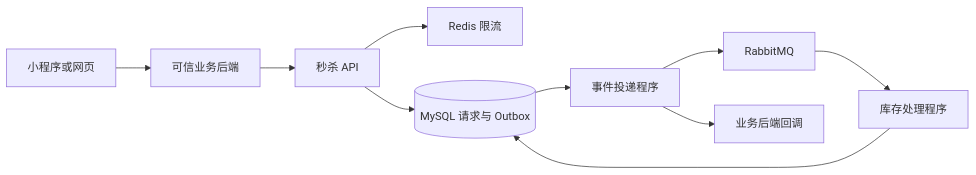
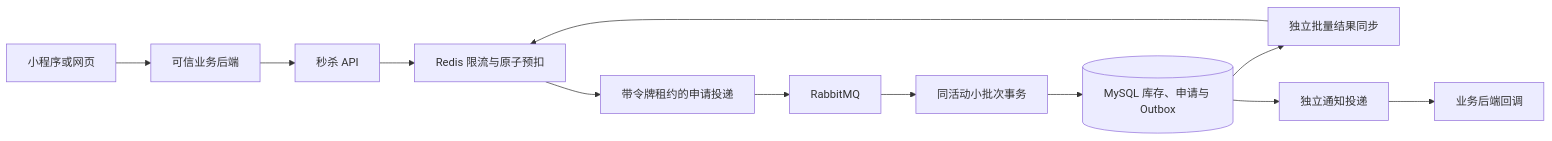
Before and after one commit to zzzzzj222/flash-sale-platform: the diagram in docs/architecture.md, drawn with Mermaid. The commit also changed other lines of this file and 22 other files, not shown here.

````diff
--- a/docs/architecture.md
+++ b/docs/architecture.md
@@ -7,12 +7,14 @@
 ```mermaid
 flowchart LR
   UI[小程序或网页] --> BFF[可信业务后端]
   BFF --> API[秒杀 API]
-  API --> REDIS[Redis 限流]
-  API --> DB[(MySQL 请求与 Outbox)]
-  DB --> DISPATCH[事件投递程序]
+  API --> REDIS[Redis 限流与原子预扣]
+  REDIS --> DISPATCH[带令牌租约的申请投递]
   DISPATCH --> MQ[RabbitMQ]
-  MQ --> WORKER[库存处理程序]
-  WORKER --> DB
-  DISPATCH --> HOOK[业务后端回调]
+  MQ --> WORKER[同活动小批次事务]
+  WORKER --> DB[(MySQL 库存、申请与 Outbox)]
+  DB --> SYNC[独立批量结果同步]
+  SYNC --> REDIS
+  DB --> NOTIFY[独立通知投递]
+  NOTIFY --> HOOK[业务后端回调]
 ```
````
